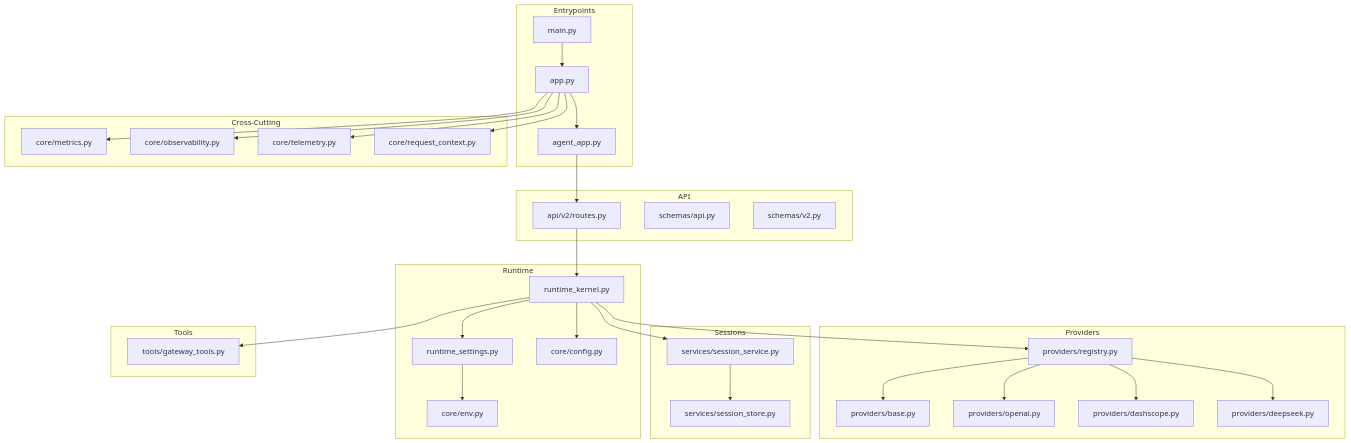
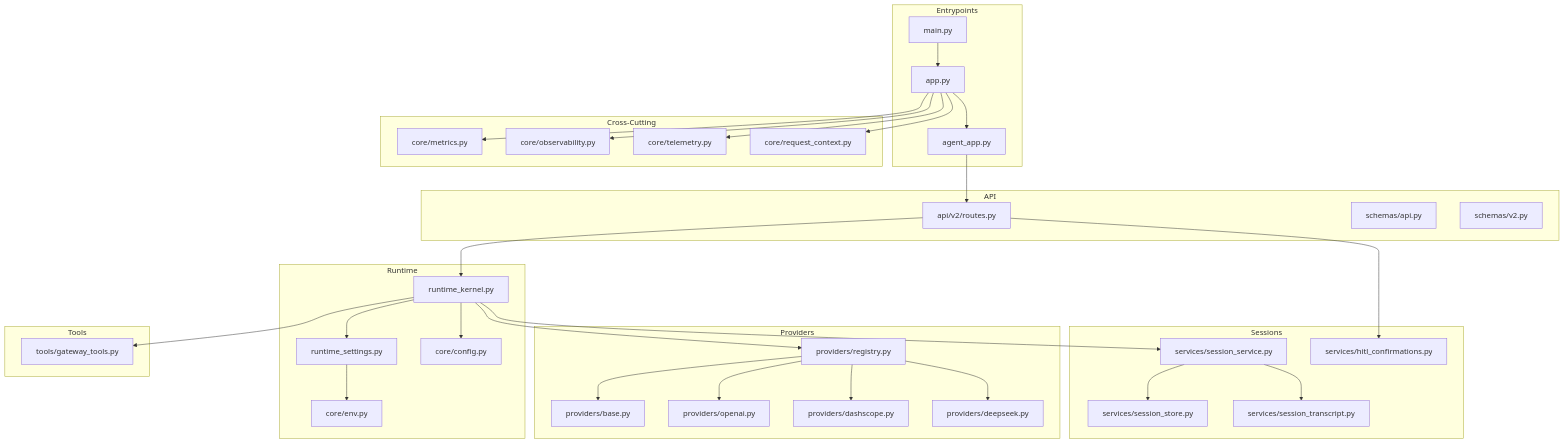
Before and after one commit to metasync/luban-aiops: the first of 18 diagrams in .qoder/repowiki/en/content/Agent Platform Service/Agent Platform Service.md, drawn with Mermaid. The commit also changed other lines of this file and 33 other files, not shown here.

````diff
--- a/.qoder/repowiki/en/content/Agent Platform Service/Agent Platform Service.md
+++ b/.qoder/repowiki/en/content/Agent Platform Service/Agent Platform Service.md
@@ -76,57 +78,61 @@
 ```mermaid
 graph TB
 subgraph "Entrypoints"
 main["main.py"]
 app["app.py"]
 agent_app["agent_app.py"]
 end
 subgraph "API"
 routes_v2["api/v2/routes.py"]
 schema_api["schemas/api.py"]
 schema_v2["schemas/v2.py"]
 end
 subgraph "Runtime"
 kernel["runtime_kernel.py"]
 settings["runtime_settings.py"]
 config["core/config.py"]
 env["core/env.py"]
 end
 subgraph "Providers"
 base_prov["providers/base.py"]
 openai["providers/openai.py"]
 dashscope["providers/dashscope.py"]
 deepseek["providers/deepseek.py"]
 reg["providers/registry.py"]
 end
 subgraph "Sessions"
 sess_svc["services/session_service.py"]
 sess_store["services/session_store.py"]
+sess_transcript["services/session_transcript.py"]
+hitl_reg["services/hitl_confirmations.py"]
 end
 subgraph "Tools"
 gw_tools["tools/gateway_tools.py"]
 end
 subgraph "Cross-Cutting"
 metrics["core/metrics.py"]
 obs["core/observability.py"]
 tel["core/telemetry.py"]
 ctx["core/request_context.py"]
 end
 main --> app --> agent_app
 agent_app --> routes_v2
 routes_v2 --> kernel
 kernel --> reg
 reg --> base_prov
 reg --> openai
 reg --> dashscope
 reg --> deepseek
 kernel --> sess_svc
 sess_svc --> sess_store
+sess_svc --> sess_transcript
+routes_v2 --> hitl_reg
 kernel --> gw_tools
 app --> metrics
 app --> obs
 app --> tel
 app --> ctx
 kernel --> config
 kernel --> settings
 settings --> env
 ```
````
